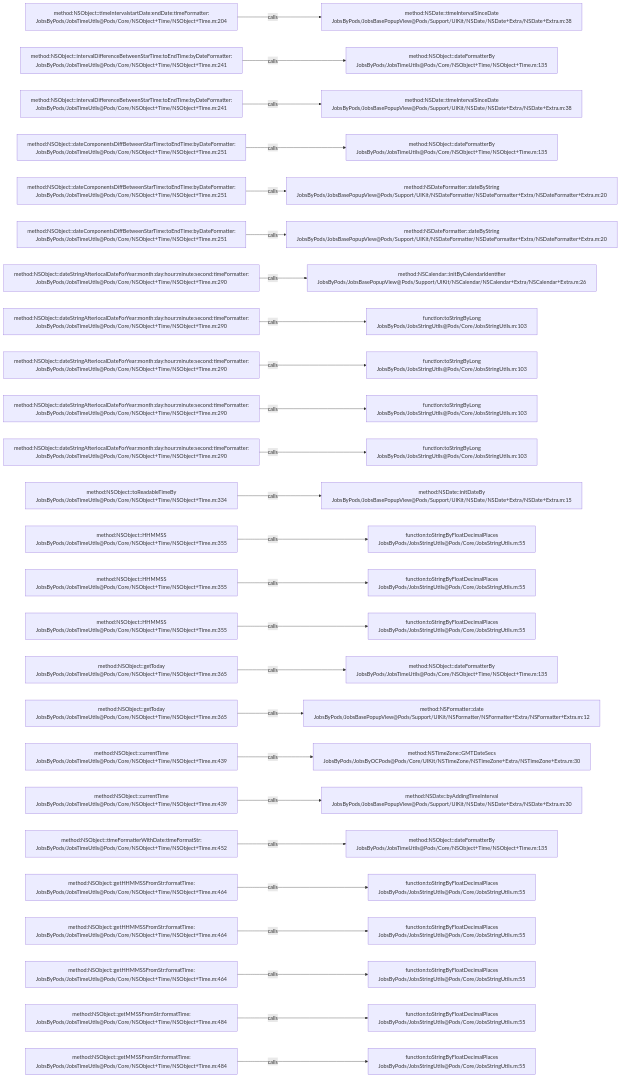
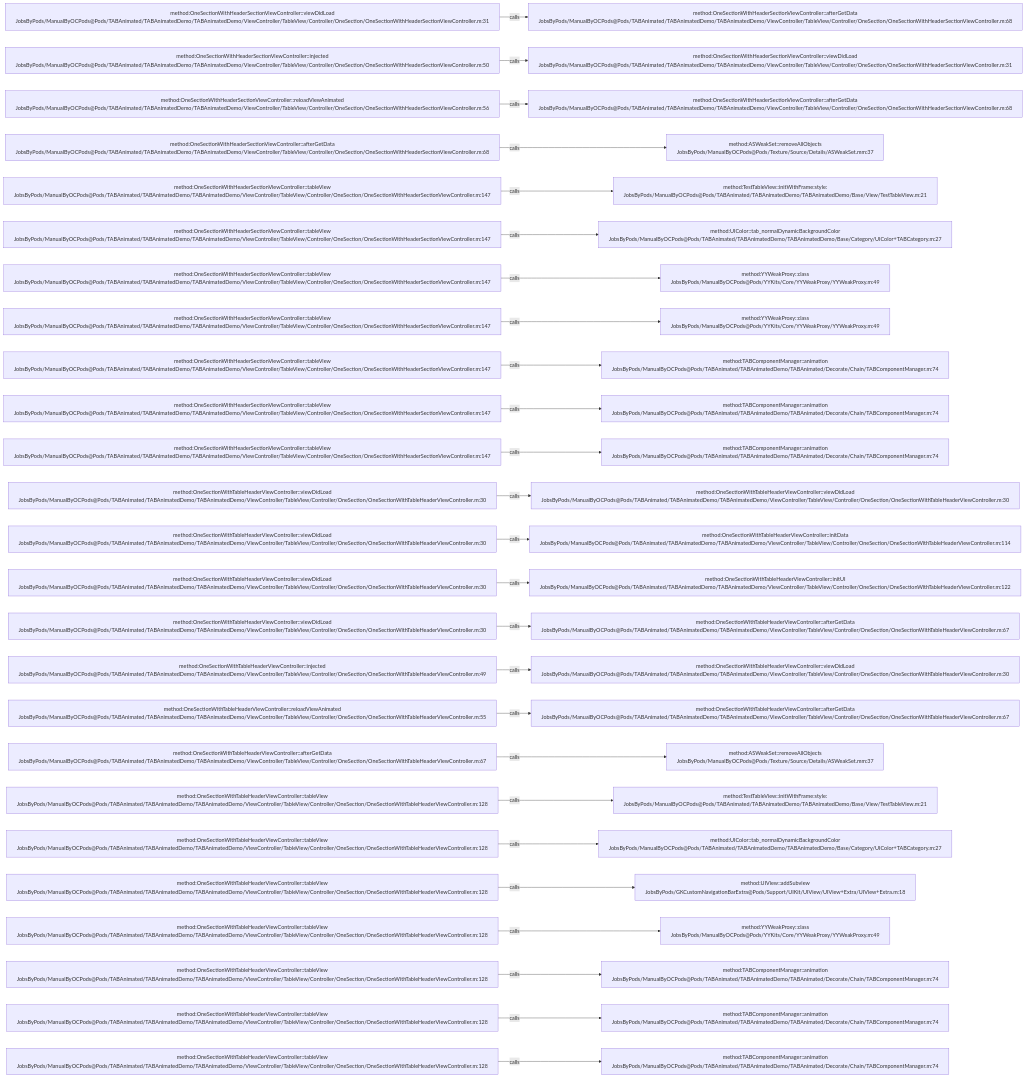
One commit to JobsKits/JobsOCBaseConfigDemo changed the diagram in .codegraph/codegraph.md/graphs/calls-163.md. Above: the diagram before and after it, drawn with Mermaid. The commit also changed 573 other files, not shown here.

````diff
--- a/.codegraph/codegraph.md/graphs/calls-163.md
+++ b/.codegraph/codegraph.md/graphs/calls-163.md
@@ -13,78 +13,78 @@
 ```mermaid
 flowchart LR
-  S1["method:NSObject::timeIntervalstartDate:endDate:timeFormatter:<br/>JobsByPods/JobsTimeUtils@Pods/Core/NSObject+Time/NSObject+Time.m:204"]
-  T1["method:NSDate::timeIntervalSinceDate<br/>JobsByPods/JobsBasePopupView@Pods/Support/UIKit/NSDate/NSDate+Extra/NSDate+Extra.m:38"]
+  S1["method:OneSectionWithHeaderSectionViewController::viewDidLoad<br/>JobsByPods/ManualByOCPods@Pods/TABAnimated/TABAnimatedDemo/TABAnimatedDemo/ViewController/TableView/Controller/OneSection/OneSectionWithHeaderSectionViewController.m:31"]
+  T1["method:OneSectionWithHeaderSectionViewController::afterGetData<br/>JobsByPods/ManualByOCPods@Pods/TABAnimated/TABAnimatedDemo/TABAnimatedDemo/ViewController/TableView/Controller/OneSection/OneSectionWithHeaderSectionViewController.m:68"]
   S1 -->|calls| T1
-  S2["method:NSObject::intervalDifferenceBetweenStarTime:toEndTime:byDateFormatter:<br/>JobsByPods/JobsTimeUtils@Pods/Core/NSObject+Time/NSObject+Time.m:241"]
-  T2["method:NSObject::dateFormatterBy<br/>JobsByPods/JobsTimeUtils@Pods/Core/NSObject+Time/NSObject+Time.m:135"]
+  S2["method:OneSectionWithHeaderSectionViewController::injected<br/>JobsByPods/ManualByOCPods@Pods/TABAnimated/TABAnimatedDemo/TABAnimatedDemo/ViewController/TableView/Controller/OneSection/OneSectionWithHeaderSectionViewController.m:50"]
+  T2["method:OneSectionWithHeaderSectionViewController::viewDidLoad<br/>JobsByPods/ManualByOCPods@Pods/TABAnimated/TABAnimatedDemo/TABAnimatedDemo/ViewController/TableView/Controller/OneSection/OneSectionWithHeaderSectionViewController.m:31"]
   S2 -->|calls| T2
-  S3["method:NSObject::intervalDifferenceBetweenStarTime:toEndTime:byDateFormatter:<br/>JobsByPods/JobsTimeUtils@Pods/Core/NSObject+Time/NSObject+Time.m:241"]
-  T3["method:NSDate::timeIntervalSinceDate<br/>JobsByPods/JobsBasePopupView@Pods/Support/UIKit/NSDate/NSDate+Extra/NSDate+Extra.m:38"]
+  S3["method:OneSectionWithHeaderSectionViewController::reloadViewAnimated<br/>JobsByPods/ManualByOCPods@Pods/TABAnimated/TABAnimatedDemo/TABAnimatedDemo/ViewController/TableView/Controller/OneSection/OneSectionWithHeaderSectionViewController.m:56"]
+  T3["method:OneSectionWithHeaderSectionViewController::afterGetData<br/>JobsByPods/ManualByOCPods@Pods/TABAnimated/TABAnimatedDemo/TABAnimatedDemo/ViewController/TableView/Controller/OneSection/OneSectionWithHeaderSectionViewController.m:68"]
   S3 -->|calls| T3
-  S4["method:NSObject::dateComponentsDiffBetweenStarTime:toEndTime:byDateFormatter:<br/>JobsByPods/JobsTimeUtils@Pods/Core/NSObject+Time/NSObject+Time.m:251"]
-  T4["method:NSObject::dateFormatterBy<br/>JobsByPods/JobsTimeUtils@Pods/Core/NSObject+Time/NSObject+Time.m:135"]
+  S4["method:OneSectionWithHeaderSectionViewController::afterGetData<br/>JobsByPods/ManualByOCPods@Pods/TABAnimated/TABAnimatedDemo/TABAnimatedDemo/ViewController/TableView/Controller/OneSection/OneSectionWithHeaderSectionViewController.m:68"]
+  T4["method:ASWeakSet::removeAllObjects<br/>JobsByPods/ManualByOCPods@Pods/Texture/Source/Details/ASWeakSet.mm:37"]
   S4 -->|calls| T4
-  S5["method:NSObject::dateComponentsDiffBetweenStarTime:toEndTime:byDateFormatter:<br/>JobsByPods/JobsTimeUtils@Pods/Core/NSObject+Time/NSObject+Time.m:251"]
-  T5["method:NSDateFormatter::dateByString<br/>JobsByPods/JobsBasePopupView@Pods/Support/UIKit/NSDateFormatter/NSDateFormatter+Extra/NSDateFormatter+Extra.m:20"]
+  S5["method:OneSectionWithHeaderSectionViewController::tableView<br/>JobsByPods/ManualByOCPods@Pods/TABAnimated/TABAnimatedDemo/TABAnimatedDemo/ViewController/TableView/Controller/OneSection/OneSectionWithHeaderSectionViewController.m:147"]
+  T5["method:TestTableView::initWithFrame:style:<br/>JobsByPods/ManualByOCPods@Pods/TABAnimated/TABAnimatedDemo/TABAnimatedDemo/Base/View/TestTableView.m:21"]
   S5 -->|calls| T5
-  S6["method:NSObject::dateComponentsDiffBetweenStarTime:toEndTime:byDateFormatter:<br/>JobsByPods/JobsTimeUtils@Pods/Core/NSObject+Time/NSObject+Time.m:251"]
-  T6["method:NSDateFormatter::dateByString<br/>JobsByPods/JobsBasePopupView@Pods/Support/UIKit/NSDateFormatter/NSDateFormatter+Extra/NSDateFormatter+Extra.m:20"]
+  S6["method:OneSectionWithHeaderSectionViewController::tableView<br/>JobsByPods/ManualByOCPods@Pods/TABAnimated/TABAnimatedDemo/TABAnimatedDemo/ViewController/TableView/Controller/OneSection/OneSectionWithHeaderSectionViewController.m:147"]
+  T6["method:UIColor::tab_normalDynamicBackgroundColor<br/>JobsByPods/ManualByOCPods@Pods/TABAnimated/TABAnimatedDemo/TABAnimatedDemo/Base/Category/UIColor+TABCategory.m:27"]
   S6 -->|calls| T6
-  S7["method:NSObject::dateStringAfterlocalDateForYear:month:day:hour:minute:second:timeFormatter:<br/>JobsByPods/JobsTimeUtils@Pods/Core/NSObject+Time/NSObject+Time.m:290"]
-  T7["method:NSCalendar::initByCalendarIdentifier<br/>JobsByPods/JobsBasePopupView@Pods/Support/UIKit/NSCalendar/NSCalendar+Extra/NSCalendar+Extra.m:26"]
+  S7["method:OneSectionWithHeaderSectionViewController::tableView<br/>JobsByPods/ManualByOCPods@Pods/TABAnimated/TABAnimatedDemo/TABAnimatedDemo/ViewController/TableView/Controller/OneSection/OneSectionWithHeaderSectionViewController.m:147"]
+  T7["method:YYWeakProxy::class<br/>JobsByPods/ManualByOCPods@Pods/YYKits/Core/YYWeakProxy/YYWeakProxy.m:49"]
   S7 -->|calls| T7
-  S8["method:NSObject::dateStringAfterlocalDateForYear:month:day:hour:minute:second:timeFormatter:<br/>JobsByPods/JobsTimeUtils@Pods/Core/NSObject+Time/NSObject+Time.m:290"]
-  T8["function:toStringByLong<br/>JobsByPods/JobsStringUtils@Pods/Core/JobsStringUtils.m:103"]
+  S8["method:OneSectionWithHeaderSectionViewController::tableView<br/>JobsByPods/ManualByOCPods@Pods/TABAnimated/TABAnimatedDemo/TABAnimatedDemo/ViewController/TableView/Controller/OneSection/OneSectionWithHeaderSectionViewController.m:147"]
+  T8["method:YYWeakProxy::class<br/>JobsByPods/ManualByOCPods@Pods/YYKits/Core/YYWeakProxy/YYWeakProxy.m:49"]
   S8 -->|calls| T8
-  S9["method:NSObject::dateStringAfterlocalDateForYear:month:day:hour:minute:second:timeFormatter:<br/>JobsByPods/JobsTimeUtils@Pods/Core/NSObject+Time/NSObject+Time.m:290"]
-  T9["function:toStringByLong<br/>JobsByPods/JobsStringUtils@Pods/Core/JobsStringUtils.m:103"]
+  S9["method:OneSectionWithHeaderSectionViewController::tableView<br/>JobsByPods/ManualByOCPods@Pods/TABAnimated/TABAnimatedDemo/TABAnimatedDemo/ViewController/TableView/Controller/OneSection/OneSectionWithHeaderSectionViewController.m:147"]
+  T9["method:TABComponentManager::animation<br/>JobsByPods/ManualByOCPods@Pods/TABAnimated/TABAnimatedDemo/TABAnimated/Decorate/Chain/TABComponentManager.m:74"]
   S9 -->|calls| T9
-  S10["method:NSObject::dateStringAfterlocalDateForYear:month:day:hour:minute:second:timeFormatter:<br/>JobsByPods/JobsTimeUtils@Pods/Core/NSObject+Time/NSObject+Time.m:290"]
-  T10["function:toStringByLong<br/>JobsByPods/JobsStringUtils@Pods/Core/JobsStringUtils.m:103"]
+  S10["method:OneSectionWithHeaderSectionViewController::tableView<br/>JobsByPods/ManualByOCPods@Pods/TABAnimated/TABAnimatedDemo/TABAnimatedDemo/ViewController/TableView/Controller/OneSection/OneSectionWithHeaderSectionViewController.m:147"]
+  T10["method:TABComponentManager::animation<br/>JobsByPods/ManualByOCPods@Pods/TABAnimated/TABAnimatedDemo/TABAnimated/Decorate/Chain/TABComponentManager.m:74"]
   S10 -->|calls| T10
-  S11["method:NSObject::dateStringAfterlocalDateForYear:month:day:hour:minute:second:timeFormatter:<br/>JobsByPods/JobsTimeUtils@Pods/Core/NSObject+Time/NSObject+Time.m:290"]
-  T11["function:toStringByLong<br/>JobsByPods/JobsStringUtils@Pods/Core/JobsStringUtils.m:103"]
+  S11["method:OneSectionWithHeaderSectionViewController::tableView<br/>JobsByPods/ManualByOCPods@Pods/TABAnimated/TABAnimatedDemo/TABAnimatedDemo/ViewController/TableView/Controller/OneSection/OneSectionWithHeaderSectionViewController.m:147"]
+  T11["method:TABComponentManager::animation<br/>JobsByPods/ManualByOCPods@Pods/TABAnimated/TABAnimatedDemo/TABAnimated/Decorate/Chain/TABComponentManager.m:74"]
   S11 -->|calls| T11
-  S12["method:NSObject::toReadableTimeBy<br/>JobsByPods/JobsTimeUtils@Pods/Core/NSObject+Time/NSObject+Time.m:334"]
-  T12["method:NSDate::initDateBy<br/>JobsByPods/JobsBasePopupView@Pods/Support/UIKit/NSDate/NSDate+Extra/NSDate+Extra.m:15"]
+  S12["method:OneSectionWithTableHeaderViewController::viewDidLoad<br/>JobsByPods/ManualByOCPods@Pods/TABAnimated/TABAnimatedDemo/TABAnimatedDemo/ViewController/TableView/Controller/OneSection/OneSectionWithTableHeaderViewController.m:30"]
+  T12["method:OneSectionWithTableHeaderViewController::viewDidLoad<br/>JobsByPods/ManualByOCPods@Pods/TABAnimated/TABAnimatedDemo/TABAnimatedDemo/ViewController/TableView/Controller/OneSection/OneSectionWithTableHeaderViewController.m:30"]
   S12 -->|calls| T12
-  S13["method:NSObject::HHMMSS<br/>JobsByPods/JobsTimeUtils@Pods/Core/NSObject+Time/NSObject+Time.m:355"]
-  T13["function:toStringByFloatDecimalPlaces<br/>JobsByPods/JobsStringUtils@Pods/Core/JobsStringUtils.m:55"]
+  S13["method:OneSectionWithTableHeaderViewController::viewDidLoad<br/>JobsByPods/ManualByOCPods@Pods/TABAnimated/TABAnimatedDemo/TABAnimatedDemo/ViewController/TableView/Controller/OneSection/OneSectionWithTableHeaderViewController.m:30"]
+  T13["method:OneSectionWithTableHeaderViewController::initData<br/>JobsByPods/ManualByOCPods@Pods/TABAnimated/TABAnimatedDemo/TABAnimatedDemo/ViewController/TableView/Controller/OneSection/OneSectionWithTableHeaderViewController.m:114"]
   S13 -->|calls| T13
-  S14["method:NSObject::HHMMSS<br/>JobsByPods/JobsTimeUtils@Pods/Core/NSObject+Time/NSObject+Time.m:355"]
-  T14["function:toStringByFloatDecimalPlaces<br/>JobsByPods/JobsStringUtils@Pods/Core/JobsStringUtils.m:55"]
+  S14["method:OneSectionWithTableHeaderViewController::viewDidLoad<br/>JobsByPods/ManualByOCPods@Pods/TABAnimated/TABAnimatedDemo/TABAnimatedDemo/ViewController/TableView/Controller/OneSection/OneSectionWithTableHeaderViewController.m:30"]
+  T14["method:OneSectionWithTableHeaderViewController::initUI<br/>JobsByPods/ManualByOCPods@Pods/TABAnimated/TABAnimatedDemo/TABAnimatedDemo/ViewController/TableView/Controller/OneSection/OneSectionWithTableHeaderViewController.m:122"]
   S14 -->|calls| T14
-  S15["method:NSObject::HHMMSS<br/>JobsByPods/JobsTimeUtils@Pods/Core/NSObject+Time/NSObject+Time.m:355"]
-  T15["function:toStringByFloatDecimalPlaces<br/>JobsByPods/JobsStringUtils@Pods/Core/JobsStringUtils.m:55"]
+  S15["method:OneSectionWithTableHeaderViewController::viewDidLoad<br/>JobsByPods/ManualByOCPods@Pods/TABAnimated/TABAnimatedDemo/TABAnimatedDemo/ViewController/TableView/Controller/OneSection/OneSectionWithTableHeaderViewController.m:30"]
+  T15["method:OneSectionWithTableHeaderViewController::afterGetData<br/>JobsByPods/ManualByOCPods@Pods/TABAnimated/TABAnimatedDemo/TABAnimatedDemo/ViewController/TableView/Controller/OneSection/OneSectionWithTableHeaderViewController.m:67"]
   S15 -->|calls| T15
-  S16["method:NSObject::getToday<br/>JobsByPods/JobsTimeUtils@Pods/Core/NSObject+Time/NSObject+Time.m:365"]
-  T16["method:NSObject::dateFormatterBy<br/>JobsByPods/JobsTimeUtils@Pods/Core/NSObject+Time/NSObject+Time.m:135"]
+  S16["method:OneSectionWithTableHeaderViewController::injected<br/>JobsByPods/ManualByOCPods@Pods/TABAnimated/TABAnimatedDemo/TABAnimatedDemo/ViewController/TableView/Controller/OneSection/OneSectionWithTableHeaderViewController.m:49"]
+  T16["method:OneSectionWithTableHeaderViewController::viewDidLoad<br/>JobsByPods/ManualByOCPods@Pods/TABAnimated/TABAnimatedDemo/TABAnimatedDemo/ViewController/TableView/Controller/OneSection/OneSectionWithTableHeaderViewController.m:30"]
   S16 -->|calls| T16
-  S17["method:NSObject::getToday<br/>JobsByPods/JobsTimeUtils@Pods/Core/NSObject+Time/NSObject+Time.m:365"]
-  T17["method:NSFormatter::date<br/>JobsByPods/JobsBasePopupView@Pods/Support/UIKit/NSFormatter/NSFormatter+Extra/NSFormatter+Extra.m:12"]
+  S17["method:OneSectionWithTableHeaderViewController::reloadViewAnimated<br/>JobsByPods/ManualByOCPods@Pods/TABAnimated/TABAnimatedDemo/TABAnimatedDemo/ViewController/TableView/Controller/OneSection/OneSectionWithTableHeaderViewController.m:55"]
+  T17["method:OneSectionWithTableHeaderViewController::afterGetData<br/>JobsByPods/ManualByOCPods@Pods/TABAnimated/TABAnimatedDemo/TABAnimatedDemo/ViewController/TableView/Controller/OneSection/OneSectionWithTableHeaderViewController.m:67"]
   S17 -->|calls| T17
-  S18["method:NSObject::currentTime<br/>JobsByPods/JobsTimeUtils@Pods/Core/NSObject+Time/NSObject+Time.m:439"]
-  T18["method:NSTimeZone::GMTDateSecs<br/>JobsByPods/JobsByOCPods@Pods/Core/UIKit/NSTimeZone/NSTimeZone+Extra/NSTimeZone+Extra.m:30"]
+  S18["method:OneSectionWithTableHeaderViewController::afterGetData<br/>JobsByPods/ManualByOCPods@Pods/TABAnimated/TABAnimatedDemo/TABAnimatedDemo/ViewController/TableView/Controller/OneSection/OneSectionWithTableHeaderViewController.m:67"]
+  T18["method:ASWeakSet::removeAllObjects<br/>JobsByPods/ManualByOCPods@Pods/Texture/Source/Details/ASWeakSet.mm:37"]
   S18 -->|calls| T18
-  S19["method:NSObject::currentTime<br/>JobsByPods/JobsTimeUtils@Pods/Core/NSObject+Time/NSObject+Time.m:439"]
-  T19["method:NSDate::byAddingTimeInterval<br/>JobsByPods/JobsBasePopupView@Pods/Support/UIKit/NSDate/NSDate+Extra/NSDate+Extra.m:30"]
+  S19["method:OneSectionWithTableHeaderViewController::tableView<br/>JobsByPods/ManualByOCPods@Pods/TABAnimated/TABAnimatedDemo/TABAnimatedDemo/ViewController/TableView/Controller/OneSection/OneSectionWithTableHeaderViewController.m:128"]
+  T19["method:TestTableView::initWithFrame:style:<br/>JobsByPods/ManualByOCPods@Pods/TABAnimated/TABAnimatedDemo/TABAnimatedDemo/Base/View/TestTableView.m:21"]
   S19 -->|calls| T19
-  S20["method:NSObject::timeFormatterWithDate:timeFormatStr:<br/>JobsByPods/JobsTimeUtils@Pods/Core/NSObject+Time/NSObject+Time.m:452"]
-  T20["method:NSObject::dateFormatterBy<br/>JobsByPods/JobsTimeUtils@Pods/Core/NSObject+Time/NSObject+Time.m:135"]
+  S20["method:OneSectionWithTableHeaderViewController::tableView<br/>JobsByPods/ManualByOCPods@Pods/TABAnimated/TABAnimatedDemo/TABAnimatedDemo/ViewController/TableView/Controller/OneSection/OneSectionWithTableHeaderViewController.m:128"]
+  T20["method:UIColor::tab_normalDynamicBackgroundColor<br/>JobsByPods/ManualByOCPods@Pods/TABAnimated/TABAnimatedDemo/TABAnimatedDemo/Base/Category/UIColor+TABCategory.m:27"]
   S20 -->|calls| T20
-  S21["method:NSObject::getHHMMSSFromStr:formatTime:<br/>JobsByPods/JobsTimeUtils@Pods/Core/NSObject+Time/NSObject+Time.m:464"]
-  T21["function:toStringByFloatDecimalPlaces<br/>JobsByPods/JobsStringUtils@Pods/Core/JobsStringUtils.m:55"]
+  S21["method:OneSectionWithTableHeaderViewController::tableView<br/>JobsByPods/ManualByOCPods@Pods/TABAnimated/TABAnimatedDemo/TABAnimatedDemo/ViewController/TableView/Controller/OneSection/OneSectionWithTableHeaderViewController.m:128"]
+  T21["method:UIView::addSubview<br/>JobsByPods/GKCustomNavigationBarExtra@Pods/Support/UIKit/UIView/UIView+Extra/UIView+Extra.m:18"]
   S21 -->|calls| T21
-  S22["method:NSObject::getHHMMSSFromStr:formatTime:<br/>JobsByPods/JobsTimeUtils@Pods/Core/NSObject+Time/NSObject+Time.m:464"]
-  T22["function:toStringByFloatDecimalPlaces<br/>JobsByPods/JobsStringUtils@Pods/Core/JobsStringUtils.m:55"]
+  S22["method:OneSectionWithTableHeaderViewController::tableView<br/>JobsByPods/ManualByOCPods@Pods/TABAnimated/TABAnimatedDemo/TABAnimatedDemo/ViewController/TableView/Controller/OneSection/OneSectionWithTableHeaderViewController.m:128"]
+  T22["method:YYWeakProxy::class<br/>JobsByPods/ManualByOCPods@Pods/YYKits/Core/YYWeakProxy/YYWeakProxy.m:49"]
   S22 -->|calls| T22
-  S23["method:NSObject::getHHMMSSFromStr:formatTime:<br/>JobsByPods/JobsTimeUtils@Pods/Core/NSObject+Time/NSObject+Time.m:464"]
-  T23["function:toStringByFloatDecimalPlaces<br/>JobsByPods/JobsStringUtils@Pods/Core/JobsStringUtils.m:55"]
+  S23["method:OneSectionWithTableHeaderViewController::tableView<br/>JobsByPods/ManualByOCPods@Pods/TABAnimated/TABAnimatedDemo/TABAnimatedDemo/ViewController/TableView/Controller/OneSection/OneSectionWithTableHeaderViewController.m:128"]
+  T23["method:TABComponentManager::animation<br/>JobsByPods/ManualByOCPods@Pods/TABAnimated/TABAnimatedDemo/TABAnimated/Decorate/Chain/TABComponentManager.m:74"]
   S23 -->|calls| T23
-  S24["method:NSObject::getMMSSFromStr:formatTime:<br/>JobsByPods/JobsTimeUtils@Pods/Core/NSObject+Time/NSObject+Time.m:484"]
-  T24["function:toStringByFloatDecimalPlaces<br/>JobsByPods/JobsStringUtils@Pods/Core/JobsStringUtils.m:55"]
+  S24["method:OneSectionWithTableHeaderViewController::tableView<br/>JobsByPods/ManualByOCPods@Pods/TABAnimated/TABAnimatedDemo/TABAnimatedDemo/ViewController/TableView/Controller/OneSection/OneSectionWithTableHeaderViewController.m:128"]
+  T24["method:TABComponentManager::animation<br/>JobsByPods/ManualByOCPods@Pods/TABAnimated/TABAnimatedDemo/TABAnimated/Decorate/Chain/TABComponentManager.m:74"]
   S24 -->|calls| T24
-  S25["method:NSObject::getMMSSFromStr:formatTime:<br/>JobsByPods/JobsTimeUtils@Pods/Core/NSObject+Time/NSObject+Time.m:484"]
-  T25["function:toStringByFloatDecimalPlaces<br/>JobsByPods/JobsStringUtils@Pods/Core/JobsStringUtils.m:55"]
+  S25["method:OneSectionWithTableHeaderViewController::tableView<br/>JobsByPods/ManualByOCPods@Pods/TABAnimated/TABAnimatedDemo/TABAnimatedDemo/ViewController/TableView/Controller/OneSection/OneSectionWithTableHeaderViewController.m:128"]
+  T25["method:TABComponentManager::animation<br/>JobsByPods/ManualByOCPods@Pods/TABAnimated/TABAnimatedDemo/TABAnimated/Decorate/Chain/TABComponentManager.m:74"]
   S25 -->|calls| T25
 ```
````
